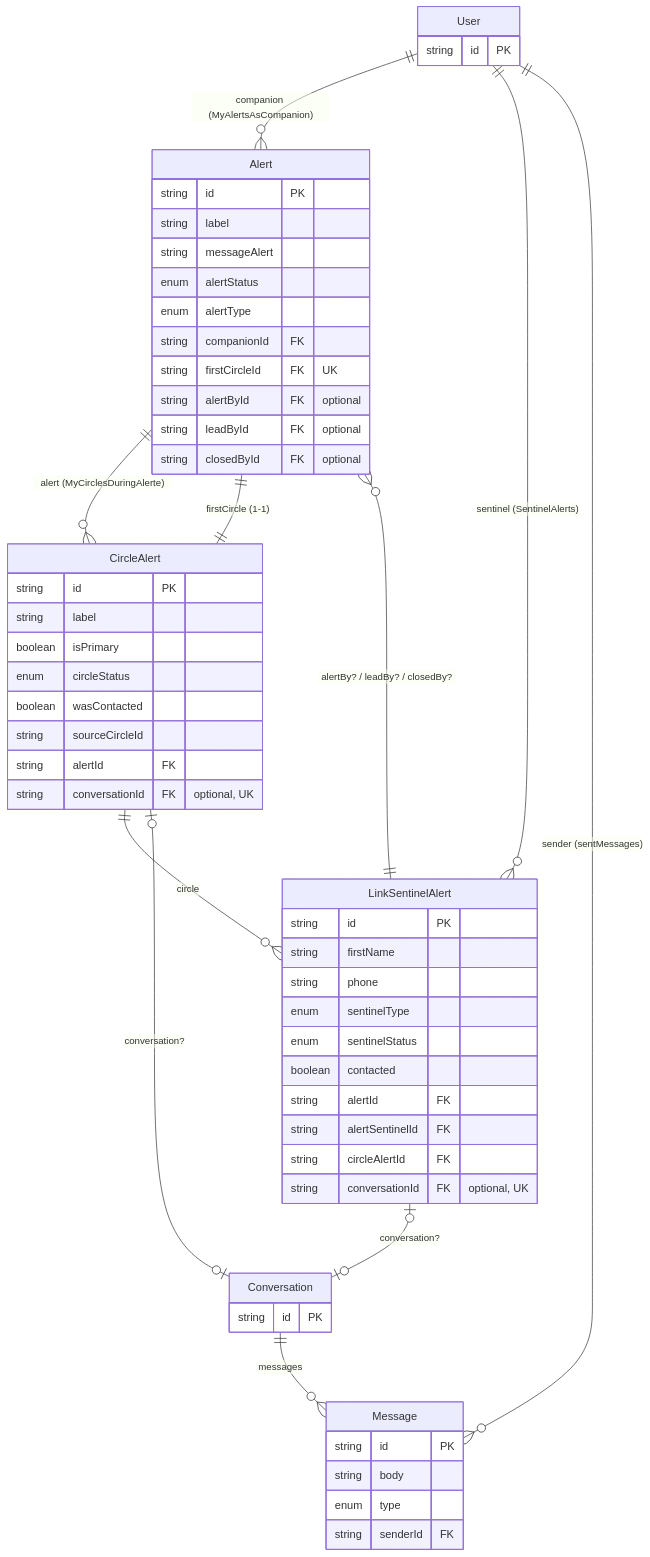
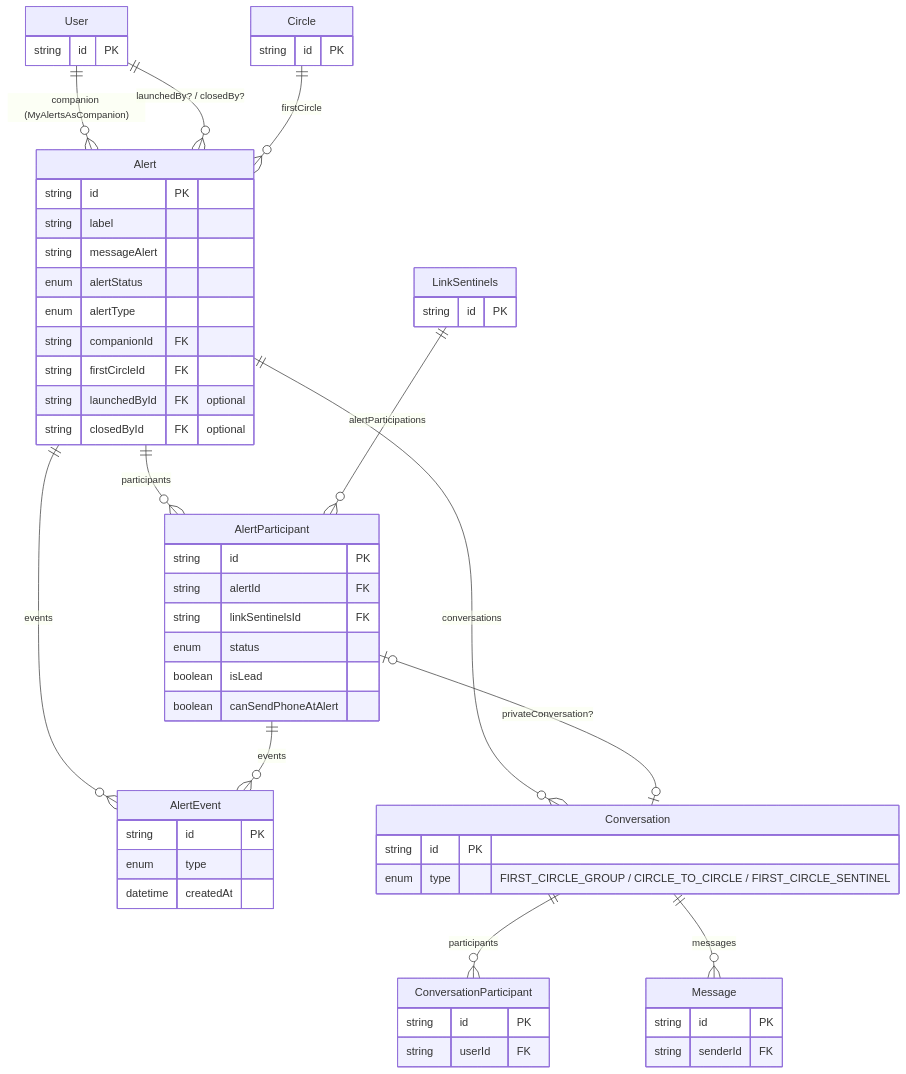
One commit to Sylvfo/MySentinelCircle changed the fifth of 5 diagrams in backend/prisma/DB_schéma.md. Above: the diagram before and after it, drawn with Mermaid. The commit also changed other lines of this file and 2 other files, not shown here.

````diff
--- a/backend/prisma/DB_schéma.md
+++ b/backend/prisma/DB_schéma.md
@@ -305,60 +307,60 @@
 ```mermaid
 erDiagram
   User               ||--o{ Alert              : "companion (MyAlertsAsCompanion)"
-  User               ||--o{ LinkSentinelAlert  : "sentinel (SentinelAlerts)"
-  Alert              ||--o{ CircleAlert        : "alert (MyCirclesDuringAlerte)"
-  CircleAlert        ||--||  Alert             : "firstCircle (1-1)"
-  CircleAlert        ||--o{ LinkSentinelAlert  : "circle"
-  LinkSentinelAlert  ||--o{ Alert              : "alertBy? / leadBy? / closedBy?"
-  CircleAlert        |o--o| Conversation       : "conversation?"
-  LinkSentinelAlert  |o--o| Conversation       : "conversation?"
-  Conversation       ||--o{ Message            : "messages"
-  User               ||--o{ Message            : "sender (sentMessages)"
+  User               ||--o{ Alert              : "launchedBy? / closedBy?"
+  Circle             ||--o{ Alert              : "firstCircle"
+  Alert              ||--o{ AlertParticipant   : "participants"
+  Alert              ||--o{ AlertEvent         : "events"
+  Alert              ||--o{ Conversation       : "conversations"
+  LinkSentinels      ||--o{ AlertParticipant   : "alertParticipations"
+  AlertParticipant   |o--o| Conversation       : "privateConversation?"
+  AlertParticipant   ||--o{ AlertEvent         : "events"
+  Conversation        ||--o{ ConversationParticipant : "participants"
+  Conversation        ||--o{ Message           : "messages"
 
   User {
+    string id PK
+  }
+  Circle {
     string id PK
   }
   Alert {
     string id PK
     string label
     string messageAlert
     enum   alertStatus
     enum   alertType
     string companionId FK
-    string firstCircleId FK "UK"
-    string alertById FK "optional"
-    string leadById FK "optional"
+    string firstCircleId FK
+    string launchedById FK "optional"
     string closedById FK "optional"
   }
-  CircleAlert {
+  LinkSentinels {
     string id PK
-    string label
-    boolean isPrimary
-    enum   circleStatus
-    boolean wasContacted
-    string sourceCircleId
+  }
+  AlertParticipant {
+    string id PK
     string alertId FK
-    string conversationId FK "optional, UK"
+    string linkSentinelsId FK
+    enum   status
+    boolean isLead
+    boolean canSendPhoneAtAlert
   }
-  LinkSentinelAlert {
+  AlertEvent {
     string id PK
-    string firstName
-    string phone
-    enum   sentinelType
-    enum   sentinelStatus
-    boolean contacted
-    string alertId FK
-    string alertSentinelId FK
-    string circleAlertId FK
-    string conversationId FK "optional, UK"
+    enum   type
+    datetime createdAt
   }
   Conversation {
     string id PK
+    enum   type "FIRST_CIRCLE_GROUP / CIRCLE_TO_CIRCLE / FIRST_CIRCLE_SENTINEL"
+  }
+  ConversationParticipant {
+    string id PK
+    string userId FK
   }
   Message {
     string id PK
-    string body
-    enum   type
     string senderId FK
   }
 ```
````
